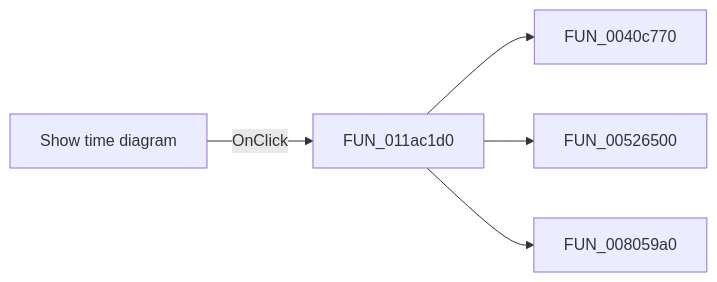
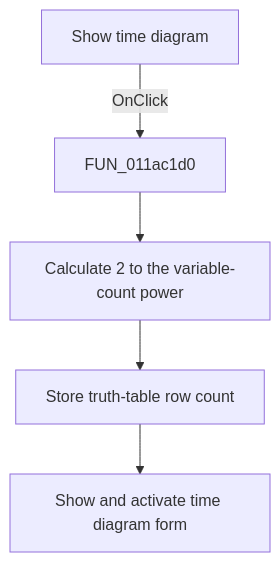
Before and after one commit to MovGP0/TIARA: the diagram in docs/ui-controls/tables-form/time-f-d049578ac5.md, drawn with Mermaid. The commit also changed other lines of this file and 387 other files, not shown here.

````diff
--- a/docs/ui-controls/tables-form/time-f-d049578ac5.md
+++ b/docs/ui-controls/tables-form/time-f-d049578ac5.md
@@ -27,7 +27,7 @@
 ```mermaid
-flowchart LR
+flowchart TD
     control["Show time diagram"] -->|OnClick| handler["FUN_011ac1d0"]
-    handler --> call1["FUN_0040c770"]
-    handler --> call2["FUN_00526500"]
-    handler --> call3["FUN_008059a0"]
+    handler --> count["Calculate 2 to the variable-count power"]
+    count --> store["Store truth-table row count"]
+    store --> show["Show and activate time diagram form"]
 ```
````
